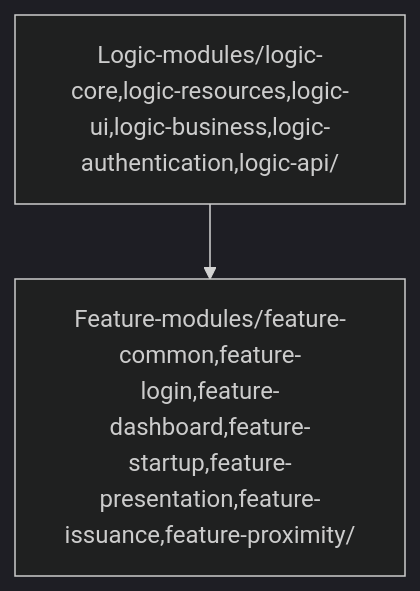
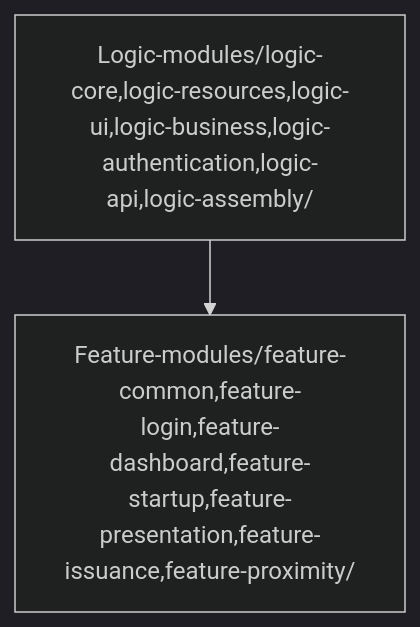
The diagram in README.md (eu-digital-identity-wallet/eudi-app-ios-wallet-ui), drawn with Mermaid (dark theme) before and after one commit. The commit also changed other lines of this file and 11 other files, not shown here.

Commit message:
Logic Navigation Module renamed to Logic-Assembly and now contains DI graphs assembler, refactored imports and paackages

````diff
--- a/README.md
+++ b/README.md
@@ -211,4 +211,4 @@
 ```mermaid
 graph TD;
-    Logic-modules/logic-core,logic-resources,logic-ui,logic-business,logic-authentication,logic-api/-->Feature-modules/feature-common,feature-login,feature-dashboard,feature-startup,feature-presentation,feature-issuance,feature-proximity/;
+    Logic-modules/logic-core,logic-resources,logic-ui,logic-business,logic-authentication,logic-api,logic-assembly/-->Feature-modules/feature-common,feature-login,feature-dashboard,feature-startup,feature-presentation,feature-issuance,feature-proximity/;
 ```
````
